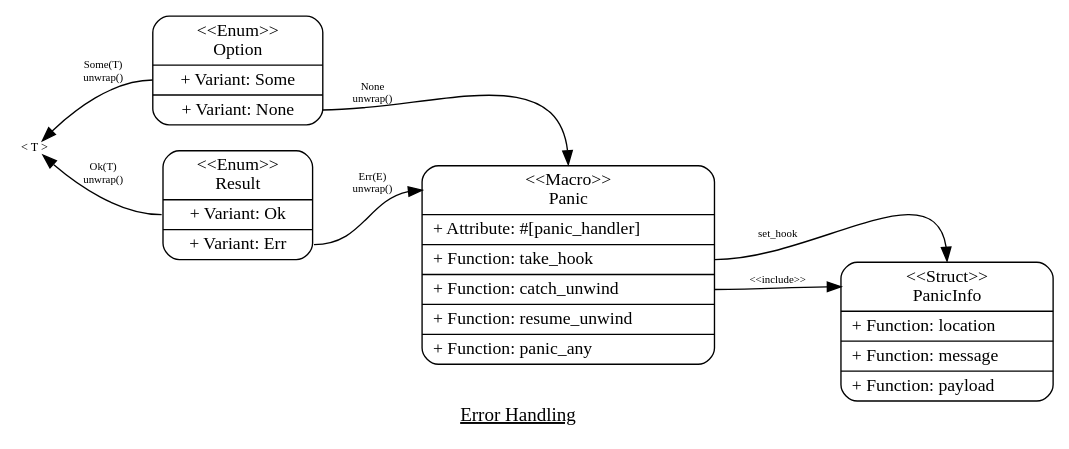
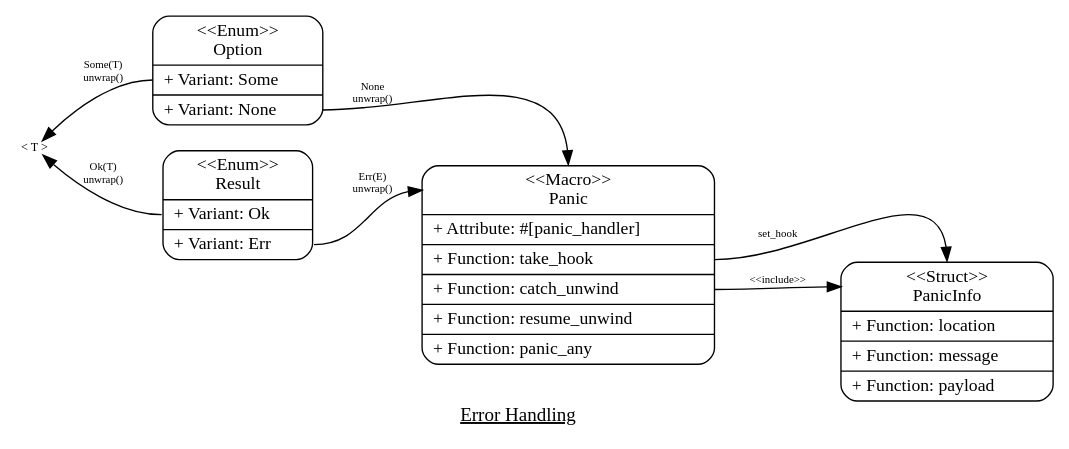
One commit to rust-lang/project-error-handling changed the diagram in ErrorHandling.gv. Above: the diagram before and after it, drawn with Graphviz.

Commit message:
Adding Graftviz file for error process

```diff
--- a/ErrorHandling.gv
+++ b/ErrorHandling.gv
@@ -1,88 +1,90 @@
 digraph g {
     graph [
         rankdir = "LR";
         label= <<u>Error Handling</u>>;
     ];
 
     node [
         fontsize = "13"
         shape = "Mrecord"
     ];
     
     T [
         label = "&lt; T &gt;"
         shape = plain
         fontsize=9
         PORT = "f0"
         id = 0
     ];
 
     Result [
-        label = "&lt;&lt;Enum&gt;&gt;\nResult|
-                <f0> + Variant: Ok|<f1> + Variant: Err"
+        label = "&lt;&lt;Enum&gt;&gt;\nResult |
+                 <f0> + Variant: Ok\l |
+                 <f1> + Variant: Err\l"
         id = 1
     ];
 
     Option [
-        label = "&lt;&lt;Enum&gt;&gt;\nOption|
-                <f0> + Variant: Some|<f1> + Variant: None"
+        label = "&lt;&lt;Enum&gt;&gt;\nOption |
+                 <f0> + Variant: Some\l |
+                 <f1> + Variant: None\l"
         id = 2
     ];
 
     Panic [
         label = "<f0> &lt;&lt;Macro&gt;&gt;\nPanic |
-                <f1> + Attribute: #[panic_handler]\l | 
-                <f2> + Function: take_hook\l |
-                <f3> + Function: catch_unwind\l |
-                <f4> + Function: resume_unwind\l |
-                <f5> + Function: panic_any\l"
+                 <f1> + Attribute: #[panic_handler]\l | 
+                 <f2> + Function: take_hook\l |
+                 <f3> + Function: catch_unwind\l |
+                 <f4> + Function: resume_unwind\l |
+                 <f5> + Function: panic_any\l"
         id = 3
     ];
 
     PanicInfo [
         label = "<f0> &lt;&lt;Struct&gt;&gt;\nPanicInfo |
-                <f1> + Function: location\l |
-                <f2> + Function: message\l |
-                <f3> + Function: payload\l"
+                 <f1> + Function: location\l |
+                 <f2> + Function: message\l |
+                 <f3> + Function: payload\l"
         id = 4
     ];
 
     // Layout
     
     // T to Option {reverse direction i.e. <-}
     {T:f0 -> Option:f0 [
         dir=back
         label="Some(T)\nunwrap()"
         fontsize=8
     ];
     } 
 
     Result:f0 -> T:f0 [
         label="Ok(T)\nunwrap()" 
         fontsize=8
     ];
         
     Result:f1 -> Panic:f0 [
         label="Err(E)\nunwrap()"
         fontsize=8
 
     ];  
 
     Option:f1 -> Panic:f0:n [
         label="None\nunwrap()"
         fontsize=8
     ];
 
     Panic:f2 -> PanicInfo:f0:n [
         label="set_hook"
         fontsize=8
     ];
 
     Panic:f3 -> PanicInfo:f0 [
         label="&lt;&lt;include&gt;&gt;"
         fontsize=8
     ];
     
     {rank=same; Result Option;}    
 
 }
```
